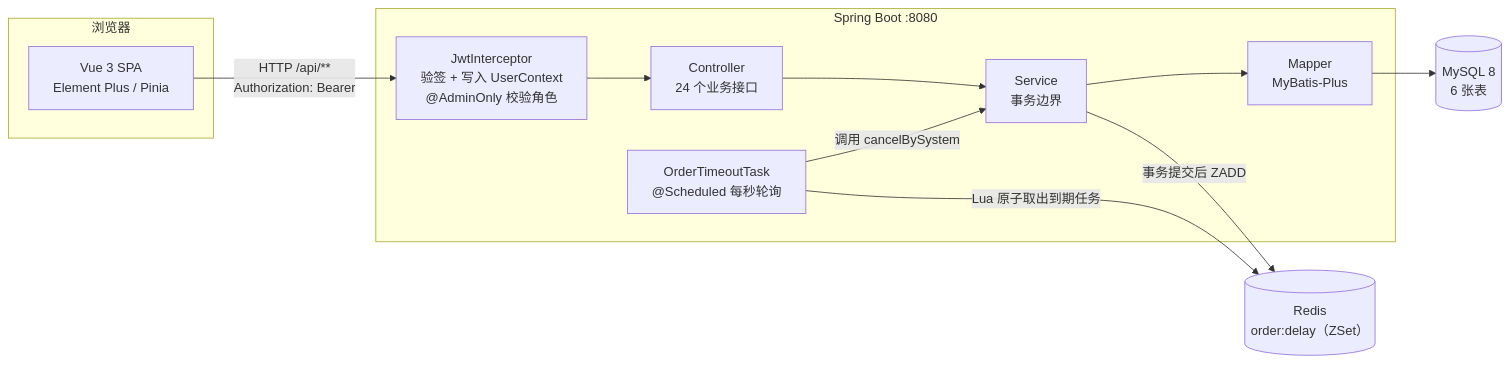
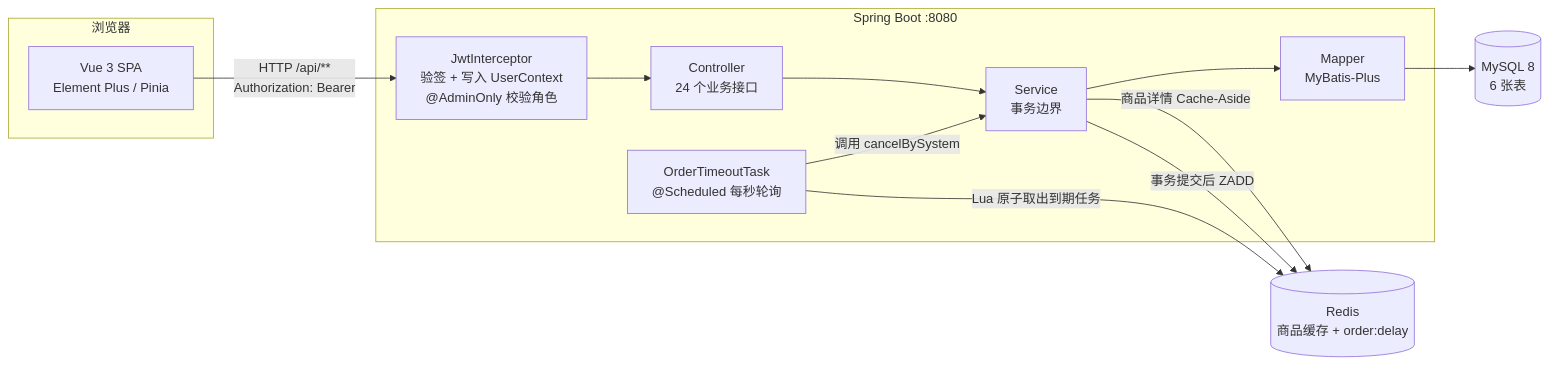
The diagram in README.md (Vjj-Cloud/jianxuan-mall), drawn with Mermaid before and after one commit. The commit also changed other lines of this file and 6 other files, not shown here.

First line of the commit message:
feat: 商品详情缓存（Cache-Aside + 防穿透/击穿/雪崩 + 故障降级）

````diff
--- a/README.md
+++ b/README.md
@@ -50,23 +50,24 @@
 ```mermaid
 flowchart LR
     subgraph client["浏览器"]
         V["Vue 3 SPA<br/>Element Plus / Pinia"]
     end
 
     subgraph server["Spring Boot :8080"]
         I["JwtInterceptor<br/>验签 + 写入 UserContext<br/>@AdminOnly 校验角色"]
         C["Controller<br/>24 个业务接口"]
         S["Service<br/>事务边界"]
         M["Mapper<br/>MyBatis-Plus"]
         T["OrderTimeoutTask<br/>@Scheduled 每秒轮询"]
     end
 
     DB[("MySQL 8<br/>6 张表")]
-    R[("Redis<br/>order:delay（ZSet）")]
+    R[("Redis<br/>商品缓存 + order:delay")]
 
     V -->|"HTTP /api/**<br/>Authorization: Bearer"| I
     I --> C --> S --> M --> DB
+    S -->|"商品详情 Cache-Aside"| R
     S -->|"事务提交后 ZADD"| R
     T -->|"Lua 原子取出到期任务"| R
     T -->|"调用 cancelBySystem"| S
 ```
````
